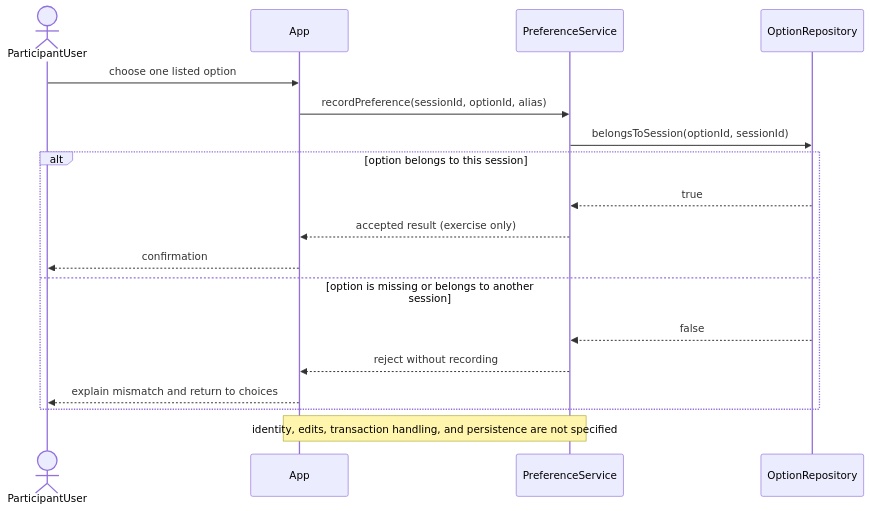
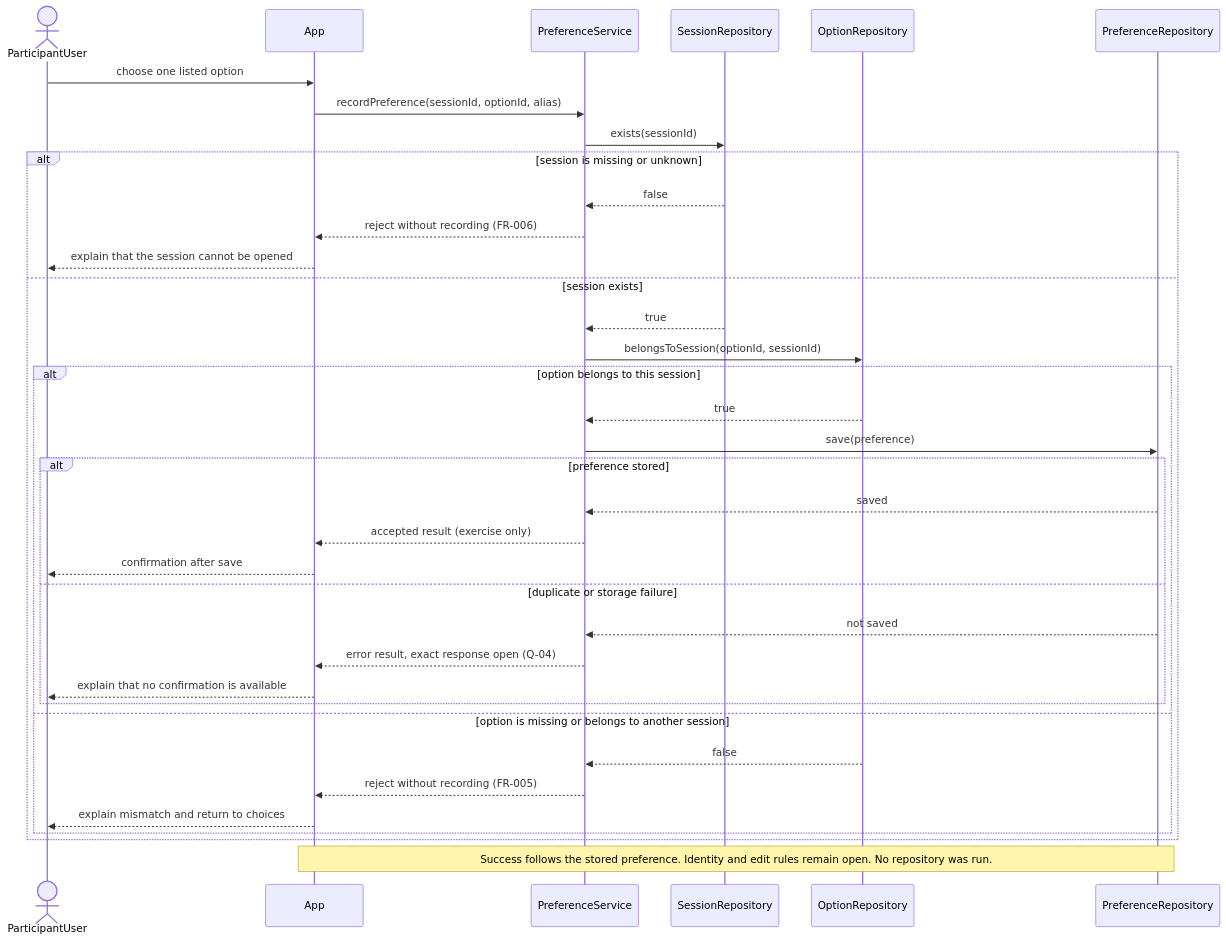
Before and after one commit to MahmoudAlmodalal/Ai_agents: the first of 2 diagrams in docs/curriculum/samples/group-06-data-sequence-class.md, drawn with Mermaid. The commit also changed other lines of this file and 54 other files, not shown here.

````diff
--- a/docs/curriculum/samples/group-06-data-sequence-class.md
+++ b/docs/curriculum/samples/group-06-data-sequence-class.md
@@ -157,20 +165,38 @@
 ```mermaid
 sequenceDiagram
   actor ParticipantUser
   participant App
   participant PreferenceService
+  participant SessionRepository
   participant OptionRepository
+  participant PreferenceRepository
   ParticipantUser->>App: choose one listed option
   App->>PreferenceService: recordPreference(sessionId, optionId, alias)
-  PreferenceService->>OptionRepository: belongsToSession(optionId, sessionId)
-  alt option belongs to this session
-    OptionRepository-->>PreferenceService: true
-    PreferenceService-->>App: accepted result (exercise only)
-    App-->>ParticipantUser: confirmation
-  else option is missing or belongs to another session
-    OptionRepository-->>PreferenceService: false
-    PreferenceService-->>App: reject without recording
-    App-->>ParticipantUser: explain mismatch and return to choices
+  PreferenceService->>SessionRepository: exists(sessionId)
+  alt session is missing or unknown
+    SessionRepository-->>PreferenceService: false
+    PreferenceService-->>App: reject without recording (FR-006)
+    App-->>ParticipantUser: explain that the session cannot be opened
+  else session exists
+    SessionRepository-->>PreferenceService: true
+    PreferenceService->>OptionRepository: belongsToSession(optionId, sessionId)
+    alt option belongs to this session
+      OptionRepository-->>PreferenceService: true
+      PreferenceService->>PreferenceRepository: save(preference)
+      alt preference stored
+        PreferenceRepository-->>PreferenceService: saved
+        PreferenceService-->>App: accepted result (exercise only)
+        App-->>ParticipantUser: confirmation after save
+      else duplicate or storage failure
+        PreferenceRepository-->>PreferenceService: not saved
+        PreferenceService-->>App: error result, exact response open (Q-04)
+        App-->>ParticipantUser: explain that no confirmation is available
+      end
+    else option is missing or belongs to another session
+      OptionRepository-->>PreferenceService: false
+      PreferenceService-->>App: reject without recording (FR-005)
+      App-->>ParticipantUser: explain mismatch and return to choices
+    end
   end
-  Note over App,PreferenceService: identity, edits, transaction handling, and persistence are not specified
+  Note over App,PreferenceRepository: Success follows the stored preference. Identity and edit rules remain open. No repository was run.
 ```
````
